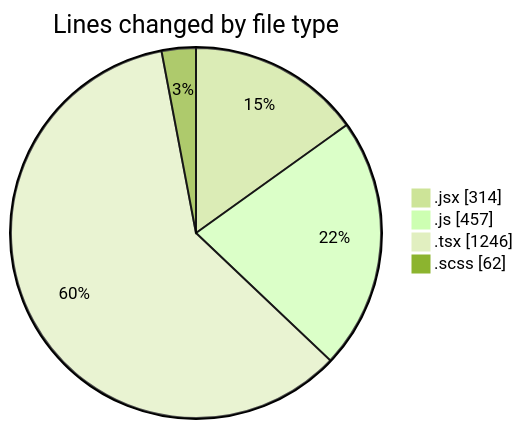
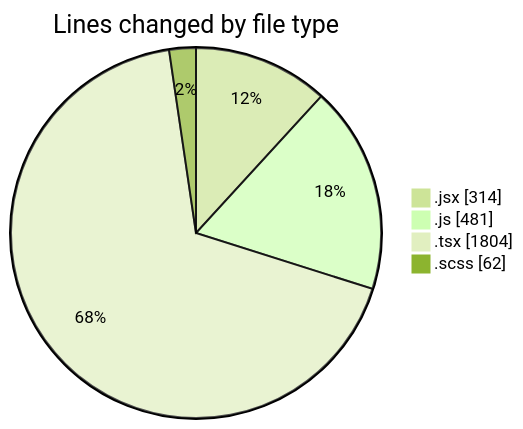
One commit to momahboobian/code-tracking changed the first of 2 diagrams in 2026-02-12/cda/README.md. Above: the diagram before and after it, drawn with Mermaid (forest theme). The commit also changed other lines of this file and 1 other file, not shown here.

````diff
--- a/2026-02-12/cda/README.md
+++ b/2026-02-12/cda/README.md
@@ -26,8 +27,8 @@
 ```mermaid
 pie showData
 title Lines changed by file type
 ".jsx" : 314
-".js" : 457
-".tsx" : 1246
+".js" : 481
+".tsx" : 1804
 ".scss" : 62
 ```
````
